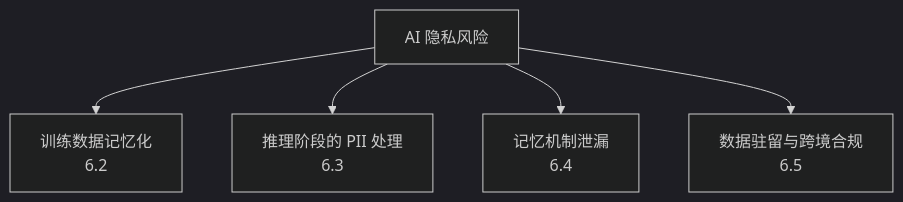
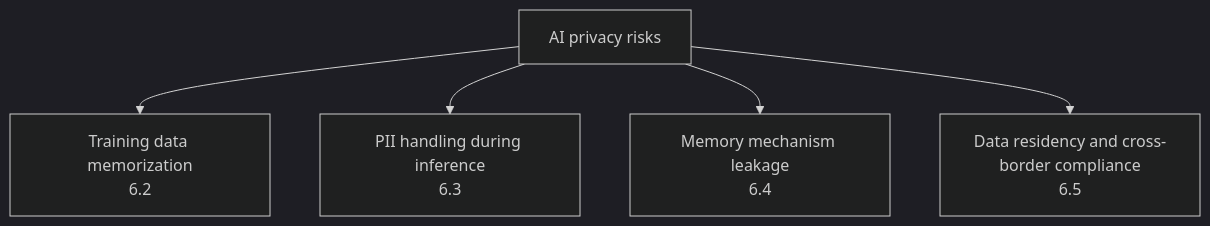
One commit to oneleaveknowsthefall/awesome-ai-roadmap changed the first of 2 diagrams in docs/safety/03-data-model-supply-chain/06-privacy-pii-memory-leakage.md. Above: the diagram before and after it, drawn with Mermaid (dark theme). The commit also changed other lines of this file and 82 other files, not shown here.

````diff
--- a/docs/safety/03-data-model-supply-chain/06-privacy-pii-memory-leakage.md
+++ b/docs/safety/03-data-model-supply-chain/06-privacy-pii-memory-leakage.md
@@ -11,7 +11,7 @@
 ```mermaid
 flowchart TB
-    P[AI 隐私风险] --> P1[训练数据记忆化<br/>6.2]
-    P --> P2[推理阶段的 PII 处理<br/>6.3]
-    P --> P3[记忆机制泄漏<br/>6.4]
-    P --> P4[数据驻留与跨境合规<br/>6.5]
+    P[AI privacy risks] --> P1[Training data memorization<br/>6.2]
+    P --> P2[PII handling during inference<br/>6.3]
+    P --> P3[Memory mechanism leakage<br/>6.4]
+    P --> P4[Data residency and cross-border compliance<br/>6.5]
 ```
````
